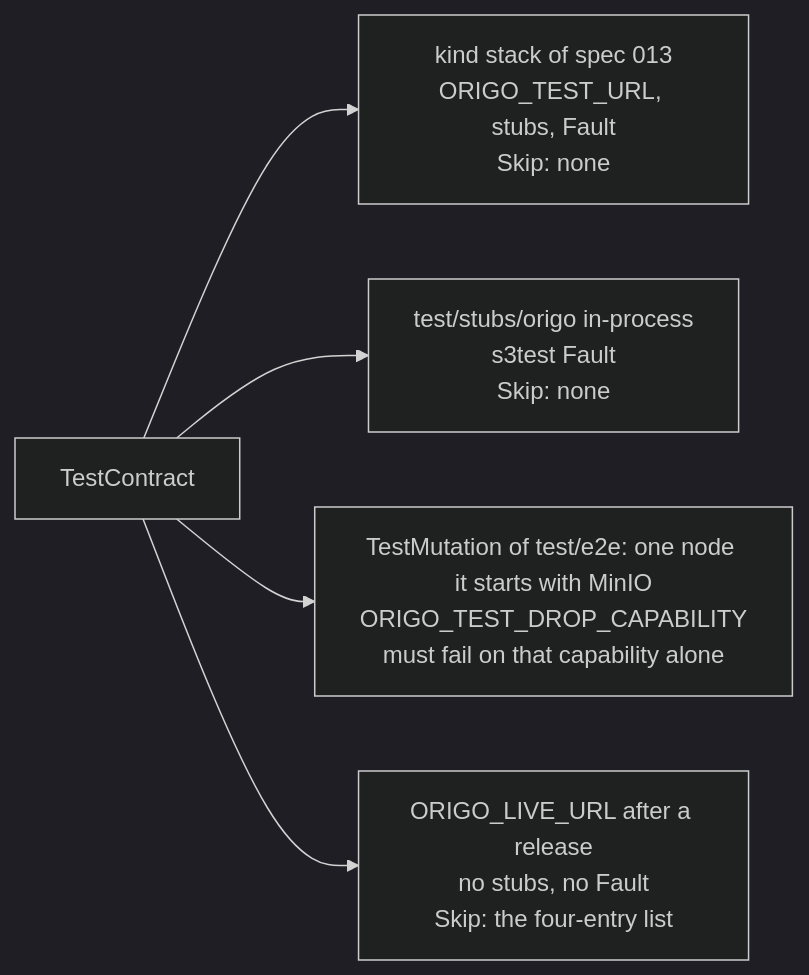
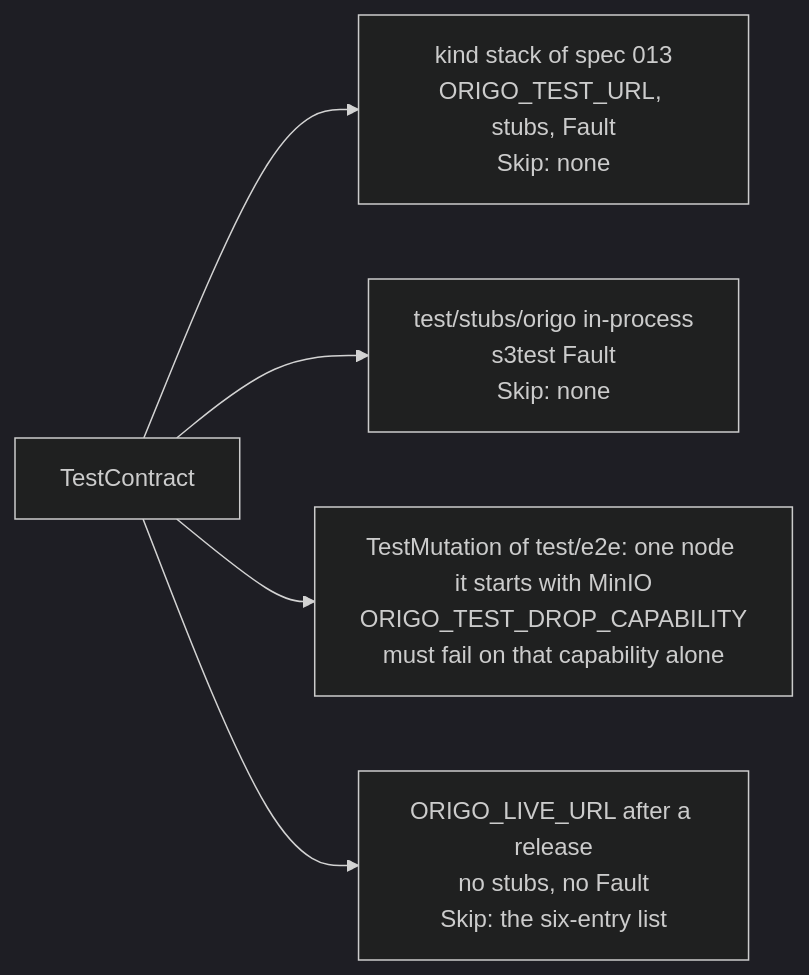
The diagram in specs/021-conformance-suite.md (latere-ai/origo), drawn with Mermaid (dark theme) before and after one commit. The commit also changed other lines of this file and 3 other files, not shown here.

Commit message:
specs(021): which codes the table alone proves, Source and SourceToken on Target, six skip groups, 020 adds its rows when it lands

````diff
--- a/specs/021-conformance-suite.md
+++ b/specs/021-conformance-suite.md
@@ -211,7 +245,7 @@
 ```mermaid
 flowchart LR
   C[TestContract] --> K[kind stack of spec 013<br/>ORIGO_TEST_URL, stubs, Fault<br/>Skip: none]
   C --> S[test/stubs/origo in-process<br/>s3test Fault<br/>Skip: none]
   C --> M[TestMutation of test/e2e: one node it starts with MinIO<br/>ORIGO_TEST_DROP_CAPABILITY<br/>must fail on that capability alone]
-  C --> L[ORIGO_LIVE_URL after a release<br/>no stubs, no Fault<br/>Skip: the four-entry list]
+  C --> L[ORIGO_LIVE_URL after a release<br/>no stubs, no Fault<br/>Skip: the six-entry list]
 ```
````
